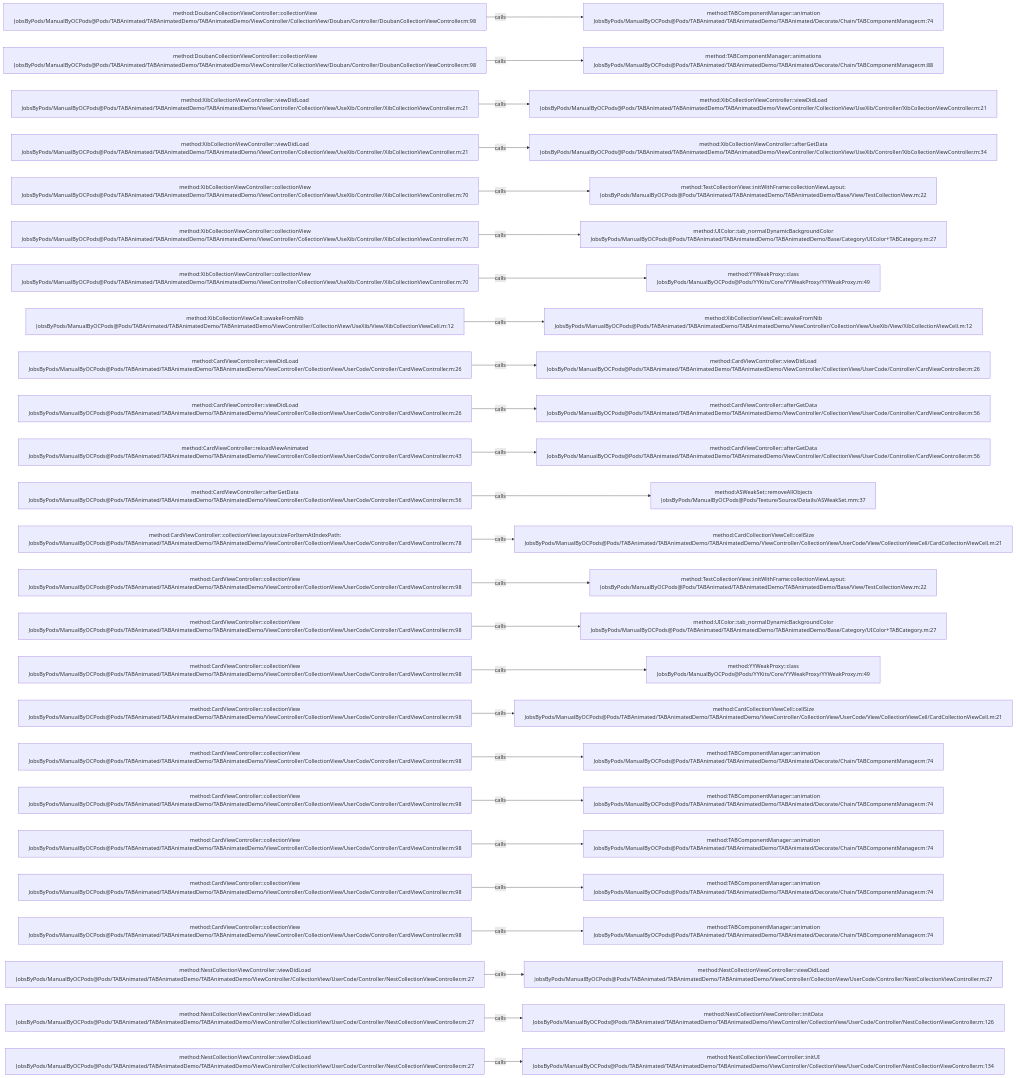
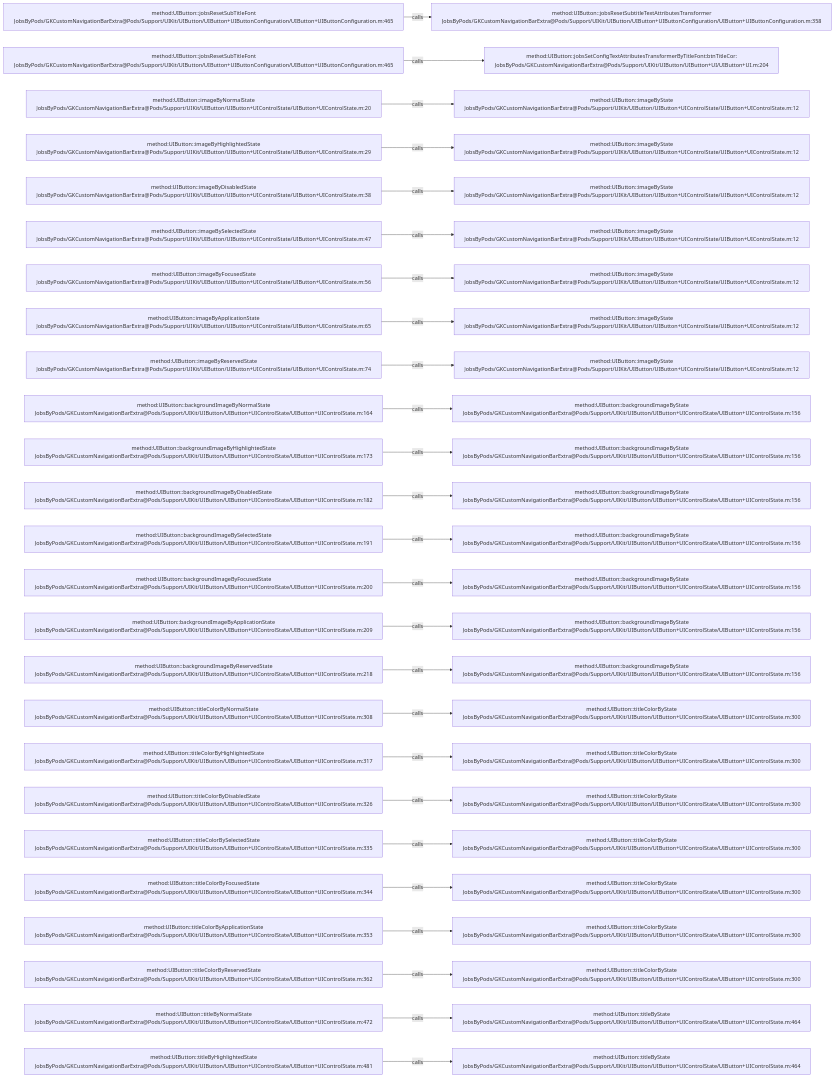
Before and after one commit to JobsKits/JobsOCBaseConfigDemo: the diagram in .codegraph/codegraph.md/graphs/calls-036.md, drawn with Mermaid. The commit also changed 768 other files, not shown here.

````diff
--- a/.codegraph/codegraph.md/graphs/calls-036.md
+++ b/.codegraph/codegraph.md/graphs/calls-036.md
@@ -13,78 +13,78 @@
 ```mermaid
 flowchart LR
-  S1["method:DoubanCollectionViewController::collectionView<br/>JobsByPods/ManualByOCPods@Pods/TABAnimated/TABAnimatedDemo/TABAnimatedDemo/ViewController/CollectionView/Douban/Controller/DoubanCollectionViewController.m:98"]
-  T1["method:TABComponentManager::animation<br/>JobsByPods/ManualByOCPods@Pods/TABAnimated/TABAnimatedDemo/TABAnimated/Decorate/Chain/TABComponentManager.m:74"]
+  S1["method:UIButton::jobsResetSubTitleFont<br/>JobsByPods/GKCustomNavigationBarExtra@Pods/Support/UIKit/UIButton/UIButton+UIButtonConfiguration/UIButton+UIButtonConfiguration.m:465"]
+  T1["method:UIButton::jobsResetSubtitleTextAttributesTransformer<br/>JobsByPods/GKCustomNavigationBarExtra@Pods/Support/UIKit/UIButton/UIButton+UIButtonConfiguration/UIButton+UIButtonConfiguration.m:358"]
   S1 -->|calls| T1
-  S2["method:DoubanCollectionViewController::collectionView<br/>JobsByPods/ManualByOCPods@Pods/TABAnimated/TABAnimatedDemo/TABAnimatedDemo/ViewController/CollectionView/Douban/Controller/DoubanCollectionViewController.m:98"]
-  T2["method:TABComponentManager::animations<br/>JobsByPods/ManualByOCPods@Pods/TABAnimated/TABAnimatedDemo/TABAnimated/Decorate/Chain/TABComponentManager.m:88"]
+  S2["method:UIButton::jobsResetSubTitleFont<br/>JobsByPods/GKCustomNavigationBarExtra@Pods/Support/UIKit/UIButton/UIButton+UIButtonConfiguration/UIButton+UIButtonConfiguration.m:465"]
+  T2["method:UIButton::jobsSetConfigTextAttributesTransformerByTitleFont:btnTitleCor:<br/>JobsByPods/GKCustomNavigationBarExtra@Pods/Support/UIKit/UIButton/UIButton+UI/UIButton+UI.m:204"]
   S2 -->|calls| T2
-  S3["method:XibCollectionViewController::viewDidLoad<br/>JobsByPods/ManualByOCPods@Pods/TABAnimated/TABAnimatedDemo/TABAnimatedDemo/ViewController/CollectionView/UseXib/Controller/XibCollectionViewController.m:21"]
-  T3["method:XibCollectionViewController::viewDidLoad<br/>JobsByPods/ManualByOCPods@Pods/TABAnimated/TABAnimatedDemo/TABAnimatedDemo/ViewController/CollectionView/UseXib/Controller/XibCollectionViewController.m:21"]
+  S3["method:UIButton::imageByNormalState<br/>JobsByPods/GKCustomNavigationBarExtra@Pods/Support/UIKit/UIButton/UIButton+UIControlState/UIButton+UIControlState.m:20"]
+  T3["method:UIButton::imageByState<br/>JobsByPods/GKCustomNavigationBarExtra@Pods/Support/UIKit/UIButton/UIButton+UIControlState/UIButton+UIControlState.m:12"]
   S3 -->|calls| T3
-  S4["method:XibCollectionViewController::viewDidLoad<br/>JobsByPods/ManualByOCPods@Pods/TABAnimated/TABAnimatedDemo/TABAnimatedDemo/ViewController/CollectionView/UseXib/Controller/XibCollectionViewController.m:21"]
-  T4["method:XibCollectionViewController::afterGetData<br/>JobsByPods/ManualByOCPods@Pods/TABAnimated/TABAnimatedDemo/TABAnimatedDemo/ViewController/CollectionView/UseXib/Controller/XibCollectionViewController.m:34"]
+  S4["method:UIButton::imageByHighlightedState<br/>JobsByPods/GKCustomNavigationBarExtra@Pods/Support/UIKit/UIButton/UIButton+UIControlState/UIButton+UIControlState.m:29"]
+  T4["method:UIButton::imageByState<br/>JobsByPods/GKCustomNavigationBarExtra@Pods/Support/UIKit/UIButton/UIButton+UIControlState/UIButton+UIControlState.m:12"]
   S4 -->|calls| T4
-  S5["method:XibCollectionViewController::collectionView<br/>JobsByPods/ManualByOCPods@Pods/TABAnimated/TABAnimatedDemo/TABAnimatedDemo/ViewController/CollectionView/UseXib/Controller/XibCollectionViewController.m:70"]
-  T5["method:TestCollectionView::initWithFrame:collectionViewLayout:<br/>JobsByPods/ManualByOCPods@Pods/TABAnimated/TABAnimatedDemo/TABAnimatedDemo/Base/View/TestCollectionView.m:22"]
+  S5["method:UIButton::imageByDisabledState<br/>JobsByPods/GKCustomNavigationBarExtra@Pods/Support/UIKit/UIButton/UIButton+UIControlState/UIButton+UIControlState.m:38"]
+  T5["method:UIButton::imageByState<br/>JobsByPods/GKCustomNavigationBarExtra@Pods/Support/UIKit/UIButton/UIButton+UIControlState/UIButton+UIControlState.m:12"]
   S5 -->|calls| T5
-  S6["method:XibCollectionViewController::collectionView<br/>JobsByPods/ManualByOCPods@Pods/TABAnimated/TABAnimatedDemo/TABAnimatedDemo/ViewController/CollectionView/UseXib/Controller/XibCollectionViewController.m:70"]
-  T6["method:UIColor::tab_normalDynamicBackgroundColor<br/>JobsByPods/ManualByOCPods@Pods/TABAnimated/TABAnimatedDemo/TABAnimatedDemo/Base/Category/UIColor+TABCategory.m:27"]
+  S6["method:UIButton::imageBySelectedState<br/>JobsByPods/GKCustomNavigationBarExtra@Pods/Support/UIKit/UIButton/UIButton+UIControlState/UIButton+UIControlState.m:47"]
+  T6["method:UIButton::imageByState<br/>JobsByPods/GKCustomNavigationBarExtra@Pods/Support/UIKit/UIButton/UIButton+UIControlState/UIButton+UIControlState.m:12"]
   S6 -->|calls| T6
-  S7["method:XibCollectionViewController::collectionView<br/>JobsByPods/ManualByOCPods@Pods/TABAnimated/TABAnimatedDemo/TABAnimatedDemo/ViewController/CollectionView/UseXib/Controller/XibCollectionViewController.m:70"]
-  T7["method:YYWeakProxy::class<br/>JobsByPods/ManualByOCPods@Pods/YYKits/Core/YYWeakProxy/YYWeakProxy.m:49"]
+  S7["method:UIButton::imageByFocusedState<br/>JobsByPods/GKCustomNavigationBarExtra@Pods/Support/UIKit/UIButton/UIButton+UIControlState/UIButton+UIControlState.m:56"]
+  T7["method:UIButton::imageByState<br/>JobsByPods/GKCustomNavigationBarExtra@Pods/Support/UIKit/UIButton/UIButton+UIControlState/UIButton+UIControlState.m:12"]
   S7 -->|calls| T7
-  S8["method:XibCollectionViewCell::awakeFromNib<br/>JobsByPods/ManualByOCPods@Pods/TABAnimated/TABAnimatedDemo/TABAnimatedDemo/ViewController/CollectionView/UseXib/View/XibCollectionViewCell.m:12"]
-  T8["method:XibCollectionViewCell::awakeFromNib<br/>JobsByPods/ManualByOCPods@Pods/TABAnimated/TABAnimatedDemo/TABAnimatedDemo/ViewController/CollectionView/UseXib/View/XibCollectionViewCell.m:12"]
+  S8["method:UIButton::imageByApplicationState<br/>JobsByPods/GKCustomNavigationBarExtra@Pods/Support/UIKit/UIButton/UIButton+UIControlState/UIButton+UIControlState.m:65"]
+  T8["method:UIButton::imageByState<br/>JobsByPods/GKCustomNavigationBarExtra@Pods/Support/UIKit/UIButton/UIButton+UIControlState/UIButton+UIControlState.m:12"]
   S8 -->|calls| T8
-  S9["method:CardViewController::viewDidLoad<br/>JobsByPods/ManualByOCPods@Pods/TABAnimated/TABAnimatedDemo/TABAnimatedDemo/ViewController/CollectionView/UserCode/Controller/CardViewController.m:26"]
-  T9["method:CardViewController::viewDidLoad<br/>JobsByPods/ManualByOCPods@Pods/TABAnimated/TABAnimatedDemo/TABAnimatedDemo/ViewController/CollectionView/UserCode/Controller/CardViewController.m:26"]
+  S9["method:UIButton::imageByReservedState<br/>JobsByPods/GKCustomNavigationBarExtra@Pods/Support/UIKit/UIButton/UIButton+UIControlState/UIButton+UIControlState.m:74"]
+  T9["method:UIButton::imageByState<br/>JobsByPods/GKCustomNavigationBarExtra@Pods/Support/UIKit/UIButton/UIButton+UIControlState/UIButton+UIControlState.m:12"]
   S9 -->|calls| T9
-  S10["method:CardViewController::viewDidLoad<br/>JobsByPods/ManualByOCPods@Pods/TABAnimated/TABAnimatedDemo/TABAnimatedDemo/ViewController/CollectionView/UserCode/Controller/CardViewController.m:26"]
-  T10["method:CardViewController::afterGetData<br/>JobsByPods/ManualByOCPods@Pods/TABAnimated/TABAnimatedDemo/TABAnimatedDemo/ViewController/CollectionView/UserCode/Controller/CardViewController.m:56"]
+  S10["method:UIButton::backgroundImageByNormalState<br/>JobsByPods/GKCustomNavigationBarExtra@Pods/Support/UIKit/UIButton/UIButton+UIControlState/UIButton+UIControlState.m:164"]
+  T10["method:UIButton::backgroundImageByState<br/>JobsByPods/GKCustomNavigationBarExtra@Pods/Support/UIKit/UIButton/UIButton+UIControlState/UIButton+UIControlState.m:156"]
   S10 -->|calls| T10
-  S11["method:CardViewController::reloadViewAnimated<br/>JobsByPods/ManualByOCPods@Pods/TABAnimated/TABAnimatedDemo/TABAnimatedDemo/ViewController/CollectionView/UserCode/Controller/CardViewController.m:43"]
-  T11["method:CardViewController::afterGetData<br/>JobsByPods/ManualByOCPods@Pods/TABAnimated/TABAnimatedDemo/TABAnimatedDemo/ViewController/CollectionView/UserCode/Controller/CardViewController.m:56"]
+  S11["method:UIButton::backgroundImageByHighlightedState<br/>JobsByPods/GKCustomNavigationBarExtra@Pods/Support/UIKit/UIButton/UIButton+UIControlState/UIButton+UIControlState.m:173"]
+  T11["method:UIButton::backgroundImageByState<br/>JobsByPods/GKCustomNavigationBarExtra@Pods/Support/UIKit/UIButton/UIButton+UIControlState/UIButton+UIControlState.m:156"]
   S11 -->|calls| T11
-  S12["method:CardViewController::afterGetData<br/>JobsByPods/ManualByOCPods@Pods/TABAnimated/TABAnimatedDemo/TABAnimatedDemo/ViewController/CollectionView/UserCode/Controller/CardViewController.m:56"]
-  T12["method:ASWeakSet::removeAllObjects<br/>JobsByPods/ManualByOCPods@Pods/Texture/Source/Details/ASWeakSet.mm:37"]
+  S12["method:UIButton::backgroundImageByDisabledState<br/>JobsByPods/GKCustomNavigationBarExtra@Pods/Support/UIKit/UIButton/UIButton+UIControlState/UIButton+UIControlState.m:182"]
+  T12["method:UIButton::backgroundImageByState<br/>JobsByPods/GKCustomNavigationBarExtra@Pods/Support/UIKit/UIButton/UIButton+UIControlState/UIButton+UIControlState.m:156"]
   S12 -->|calls| T12
-  S13["method:CardViewController::collectionView:layout:sizeForItemAtIndexPath:<br/>JobsByPods/ManualByOCPods@Pods/TABAnimated/TABAnimatedDemo/TABAnimatedDemo/ViewController/CollectionView/UserCode/Controller/CardViewController.m:78"]
-  T13["method:CardCollectionViewCell::cellSize<br/>JobsByPods/ManualByOCPods@Pods/TABAnimated/TABAnimatedDemo/TABAnimatedDemo/ViewController/CollectionView/UserCode/View/CollectionViewCell/CardCollectionViewCell.m:21"]
+  S13["method:UIButton::backgroundImageBySelectedState<br/>JobsByPods/GKCustomNavigationBarExtra@Pods/Support/UIKit/UIButton/UIButton+UIControlState/UIButton+UIControlState.m:191"]
+  T13["method:UIButton::backgroundImageByState<br/>JobsByPods/GKCustomNavigationBarExtra@Pods/Support/UIKit/UIButton/UIButton+UIControlState/UIButton+UIControlState.m:156"]
   S13 -->|calls| T13
-  S14["method:CardViewController::collectionView<br/>JobsByPods/ManualByOCPods@Pods/TABAnimated/TABAnimatedDemo/TABAnimatedDemo/ViewController/CollectionView/UserCode/Controller/CardViewController.m:98"]
-  T14["method:TestCollectionView::initWithFrame:collectionViewLayout:<br/>JobsByPods/ManualByOCPods@Pods/TABAnimated/TABAnimatedDemo/TABAnimatedDemo/Base/View/TestCollectionView.m:22"]
+  S14["method:UIButton::backgroundImageByFocusedState<br/>JobsByPods/GKCustomNavigationBarExtra@Pods/Support/UIKit/UIButton/UIButton+UIControlState/UIButton+UIControlState.m:200"]
+  T14["method:UIButton::backgroundImageByState<br/>JobsByPods/GKCustomNavigationBarExtra@Pods/Support/UIKit/UIButton/UIButton+UIControlState/UIButton+UIControlState.m:156"]
   S14 -->|calls| T14
-  S15["method:CardViewController::collectionView<br/>JobsByPods/ManualByOCPods@Pods/TABAnimated/TABAnimatedDemo/TABAnimatedDemo/ViewController/CollectionView/UserCode/Controller/CardViewController.m:98"]
-  T15["method:UIColor::tab_normalDynamicBackgroundColor<br/>JobsByPods/ManualByOCPods@Pods/TABAnimated/TABAnimatedDemo/TABAnimatedDemo/Base/Category/UIColor+TABCategory.m:27"]
+  S15["method:UIButton::backgroundImageByApplicationState<br/>JobsByPods/GKCustomNavigationBarExtra@Pods/Support/UIKit/UIButton/UIButton+UIControlState/UIButton+UIControlState.m:209"]
+  T15["method:UIButton::backgroundImageByState<br/>JobsByPods/GKCustomNavigationBarExtra@Pods/Support/UIKit/UIButton/UIButton+UIControlState/UIButton+UIControlState.m:156"]
   S15 -->|calls| T15
-  S16["method:CardViewController::collectionView<br/>JobsByPods/ManualByOCPods@Pods/TABAnimated/TABAnimatedDemo/TABAnimatedDemo/ViewController/CollectionView/UserCode/Controller/CardViewController.m:98"]
-  T16["method:YYWeakProxy::class<br/>JobsByPods/ManualByOCPods@Pods/YYKits/Core/YYWeakProxy/YYWeakProxy.m:49"]
+  S16["method:UIButton::backgroundImageByReservedState<br/>JobsByPods/GKCustomNavigationBarExtra@Pods/Support/UIKit/UIButton/UIButton+UIControlState/UIButton+UIControlState.m:218"]
+  T16["method:UIButton::backgroundImageByState<br/>JobsByPods/GKCustomNavigationBarExtra@Pods/Support/UIKit/UIButton/UIButton+UIControlState/UIButton+UIControlState.m:156"]
   S16 -->|calls| T16
-  S17["method:CardViewController::collectionView<br/>JobsByPods/ManualByOCPods@Pods/TABAnimated/TABAnimatedDemo/TABAnimatedDemo/ViewController/CollectionView/UserCode/Controller/CardViewController.m:98"]
-  T17["method:CardCollectionViewCell::cellSize<br/>JobsByPods/ManualByOCPods@Pods/TABAnimated/TABAnimatedDemo/TABAnimatedDemo/ViewController/CollectionView/UserCode/View/CollectionViewCell/CardCollectionViewCell.m:21"]
+  S17["method:UIButton::titleColorByNormalState<br/>JobsByPods/GKCustomNavigationBarExtra@Pods/Support/UIKit/UIButton/UIButton+UIControlState/UIButton+UIControlState.m:308"]
+  T17["method:UIButton::titleColorByState<br/>JobsByPods/GKCustomNavigationBarExtra@Pods/Support/UIKit/UIButton/UIButton+UIControlState/UIButton+UIControlState.m:300"]
   S17 -->|calls| T17
-  S18["method:CardViewController::collectionView<br/>JobsByPods/ManualByOCPods@Pods/TABAnimated/TABAnimatedDemo/TABAnimatedDemo/ViewController/CollectionView/UserCode/Controller/CardViewController.m:98"]
-  T18["method:TABComponentManager::animation<br/>JobsByPods/ManualByOCPods@Pods/TABAnimated/TABAnimatedDemo/TABAnimated/Decorate/Chain/TABComponentManager.m:74"]
+  S18["method:UIButton::titleColorByHighlightedState<br/>JobsByPods/GKCustomNavigationBarExtra@Pods/Support/UIKit/UIButton/UIButton+UIControlState/UIButton+UIControlState.m:317"]
+  T18["method:UIButton::titleColorByState<br/>JobsByPods/GKCustomNavigationBarExtra@Pods/Support/UIKit/UIButton/UIButton+UIControlState/UIButton+UIControlState.m:300"]
   S18 -->|calls| T18
-  S19["method:CardViewController::collectionView<br/>JobsByPods/ManualByOCPods@Pods/TABAnimated/TABAnimatedDemo/TABAnimatedDemo/ViewController/CollectionView/UserCode/Controller/CardViewController.m:98"]
-  T19["method:TABComponentManager::animation<br/>JobsByPods/ManualByOCPods@Pods/TABAnimated/TABAnimatedDemo/TABAnimated/Decorate/Chain/TABComponentManager.m:74"]
+  S19["method:UIButton::titleColorByDisabledState<br/>JobsByPods/GKCustomNavigationBarExtra@Pods/Support/UIKit/UIButton/UIButton+UIControlState/UIButton+UIControlState.m:326"]
+  T19["method:UIButton::titleColorByState<br/>JobsByPods/GKCustomNavigationBarExtra@Pods/Support/UIKit/UIButton/UIButton+UIControlState/UIButton+UIControlState.m:300"]
   S19 -->|calls| T19
-  S20["method:CardViewController::collectionView<br/>JobsByPods/ManualByOCPods@Pods/TABAnimated/TABAnimatedDemo/TABAnimatedDemo/ViewController/CollectionView/UserCode/Controller/CardViewController.m:98"]
-  T20["method:TABComponentManager::animation<br/>JobsByPods/ManualByOCPods@Pods/TABAnimated/TABAnimatedDemo/TABAnimated/Decorate/Chain/TABComponentManager.m:74"]
+  S20["method:UIButton::titleColorBySelectedState<br/>JobsByPods/GKCustomNavigationBarExtra@Pods/Support/UIKit/UIButton/UIButton+UIControlState/UIButton+UIControlState.m:335"]
+  T20["method:UIButton::titleColorByState<br/>JobsByPods/GKCustomNavigationBarExtra@Pods/Support/UIKit/UIButton/UIButton+UIControlState/UIButton+UIControlState.m:300"]
   S20 -->|calls| T20
-  S21["method:CardViewController::collectionView<br/>JobsByPods/ManualByOCPods@Pods/TABAnimated/TABAnimatedDemo/TABAnimatedDemo/ViewController/CollectionView/UserCode/Controller/CardViewController.m:98"]
-  T21["method:TABComponentManager::animation<br/>JobsByPods/ManualByOCPods@Pods/TABAnimated/TABAnimatedDemo/TABAnimated/Decorate/Chain/TABComponentManager.m:74"]
+  S21["method:UIButton::titleColorByFocusedState<br/>JobsByPods/GKCustomNavigationBarExtra@Pods/Support/UIKit/UIButton/UIButton+UIControlState/UIButton+UIControlState.m:344"]
+  T21["method:UIButton::titleColorByState<br/>JobsByPods/GKCustomNavigationBarExtra@Pods/Support/UIKit/UIButton/UIButton+UIControlState/UIButton+UIControlState.m:300"]
   S21 -->|calls| T21
-  S22["method:CardViewController::collectionView<br/>JobsByPods/ManualByOCPods@Pods/TABAnimated/TABAnimatedDemo/TABAnimatedDemo/ViewController/CollectionView/UserCode/Controller/CardViewController.m:98"]
-  T22["method:TABComponentManager::animation<br/>JobsByPods/ManualByOCPods@Pods/TABAnimated/TABAnimatedDemo/TABAnimated/Decorate/Chain/TABComponentManager.m:74"]
+  S22["method:UIButton::titleColorByApplicationState<br/>JobsByPods/GKCustomNavigationBarExtra@Pods/Support/UIKit/UIButton/UIButton+UIControlState/UIButton+UIControlState.m:353"]
+  T22["method:UIButton::titleColorByState<br/>JobsByPods/GKCustomNavigationBarExtra@Pods/Support/UIKit/UIButton/UIButton+UIControlState/UIButton+UIControlState.m:300"]
   S22 -->|calls| T22
-  S23["method:NestCollectionViewController::viewDidLoad<br/>JobsByPods/ManualByOCPods@Pods/TABAnimated/TABAnimatedDemo/TABAnimatedDemo/ViewController/CollectionView/UserCode/Controller/NestCollectionViewController.m:27"]
-  T23["method:NestCollectionViewController::viewDidLoad<br/>JobsByPods/ManualByOCPods@Pods/TABAnimated/TABAnimatedDemo/TABAnimatedDemo/ViewController/CollectionView/UserCode/Controller/NestCollectionViewController.m:27"]
+  S23["method:UIButton::titleColorByReservedState<br/>JobsByPods/GKCustomNavigationBarExtra@Pods/Support/UIKit/UIButton/UIButton+UIControlState/UIButton+UIControlState.m:362"]
+  T23["method:UIButton::titleColorByState<br/>JobsByPods/GKCustomNavigationBarExtra@Pods/Support/UIKit/UIButton/UIButton+UIControlState/UIButton+UIControlState.m:300"]
   S23 -->|calls| T23
-  S24["method:NestCollectionViewController::viewDidLoad<br/>JobsByPods/ManualByOCPods@Pods/TABAnimated/TABAnimatedDemo/TABAnimatedDemo/ViewController/CollectionView/UserCode/Controller/NestCollectionViewController.m:27"]
-  T24["method:NestCollectionViewController::initData<br/>JobsByPods/ManualByOCPods@Pods/TABAnimated/TABAnimatedDemo/TABAnimatedDemo/ViewController/CollectionView/UserCode/Controller/NestCollectionViewController.m:126"]
+  S24["method:UIButton::titleByNormalState<br/>JobsByPods/GKCustomNavigationBarExtra@Pods/Support/UIKit/UIButton/UIButton+UIControlState/UIButton+UIControlState.m:472"]
+  T24["method:UIButton::titleByState<br/>JobsByPods/GKCustomNavigationBarExtra@Pods/Support/UIKit/UIButton/UIButton+UIControlState/UIButton+UIControlState.m:464"]
   S24 -->|calls| T24
-  S25["method:NestCollectionViewController::viewDidLoad<br/>JobsByPods/ManualByOCPods@Pods/TABAnimated/TABAnimatedDemo/TABAnimatedDemo/ViewController/CollectionView/UserCode/Controller/NestCollectionViewController.m:27"]
-  T25["method:NestCollectionViewController::initUI<br/>JobsByPods/ManualByOCPods@Pods/TABAnimated/TABAnimatedDemo/TABAnimatedDemo/ViewController/CollectionView/UserCode/Controller/NestCollectionViewController.m:134"]
+  S25["method:UIButton::titleByHighlightedState<br/>JobsByPods/GKCustomNavigationBarExtra@Pods/Support/UIKit/UIButton/UIButton+UIControlState/UIButton+UIControlState.m:481"]
+  T25["method:UIButton::titleByState<br/>JobsByPods/GKCustomNavigationBarExtra@Pods/Support/UIKit/UIButton/UIButton+UIControlState/UIButton+UIControlState.m:464"]
   S25 -->|calls| T25
 ```
````
